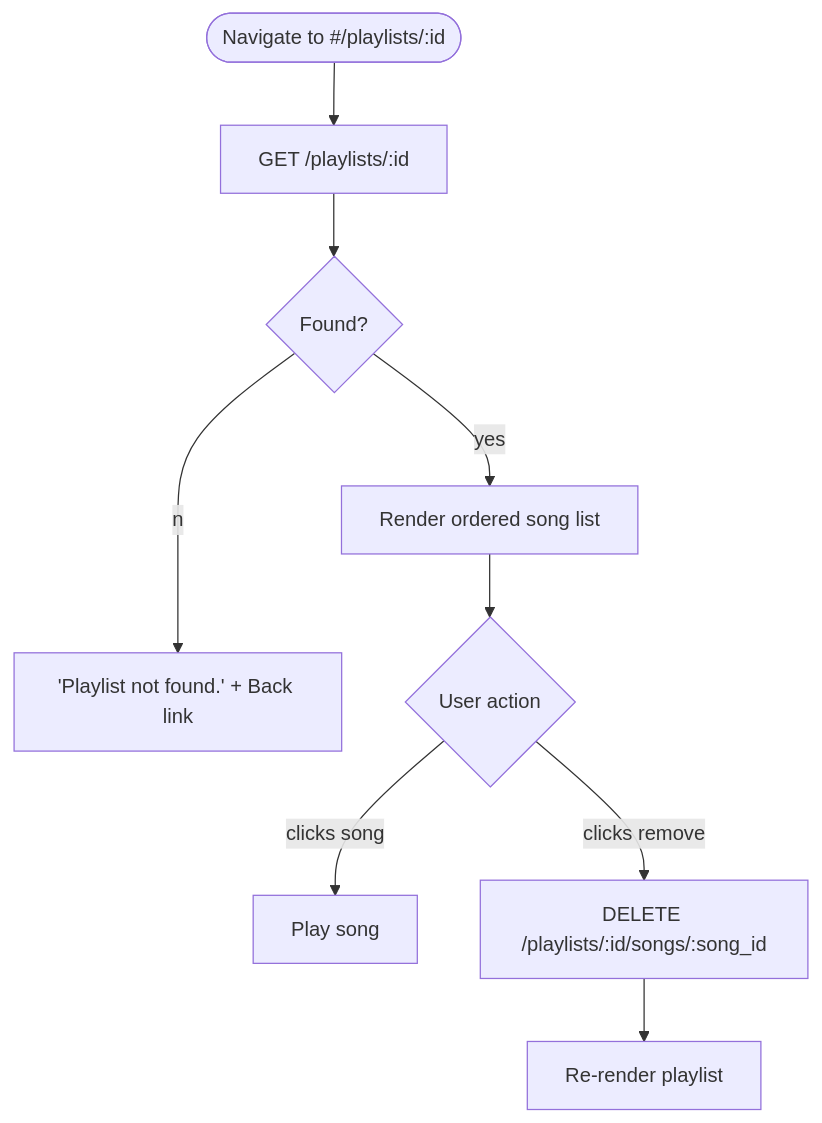
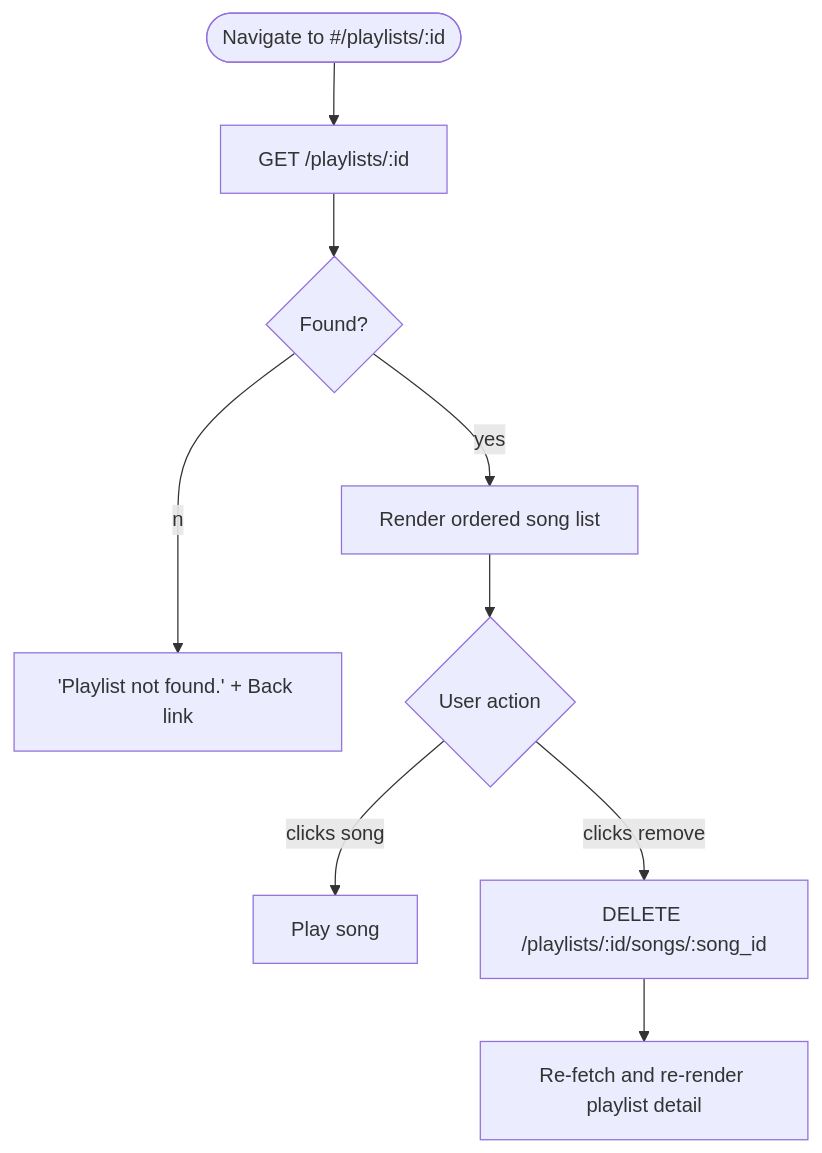
Before and after one commit to KarthikUdyawar/melo: diagram 11 of 15 in docs/USER-FLOW.md, drawn with Mermaid. The commit also changed other lines of this file and 26 other files, not shown here.

````diff
--- a/docs/USER-FLOW.md
+++ b/docs/USER-FLOW.md
@@ -178,11 +188,11 @@
 ```mermaid
 flowchart TD
     A(["Navigate to #/playlists/:id"]) --> B["GET /playlists/:id"]
     B --> C{Found?}
     C --no--> D["'Playlist not found.' + Back link"]
     C --yes--> E[Render ordered song list]
     E --> F{User action}
     F --clicks song--> G[Play song]
     F --clicks remove--> H["DELETE /playlists/:id/songs/:song_id"]
-    H --> I[Re-render playlist]
+    H --> I[Re-fetch and re-render playlist detail]
 ```
````
